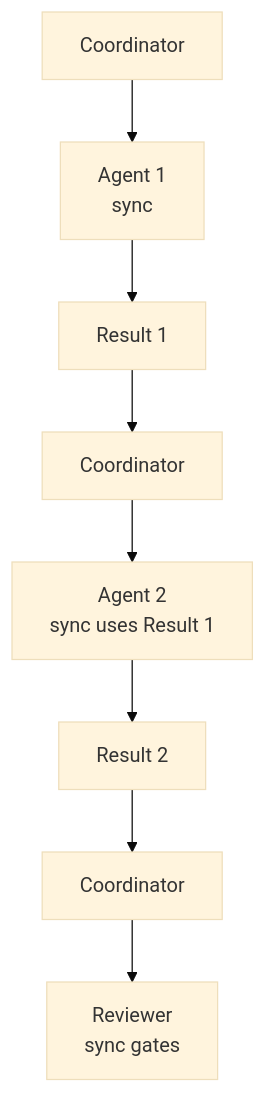
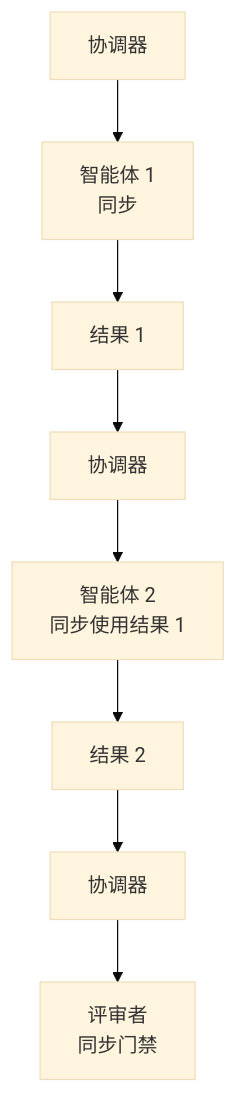
The third of 3 diagrams in docs/src/content/docs-zh/concepts/parallel-work.md (Allen-work-mk/squad-zh), drawn with Mermaid (base theme) before and after one commit. The commit also changed other lines of this file and 5 other files, not shown here.

````diff
--- a/docs/src/content/docs-zh/concepts/parallel-work.md
+++ b/docs/src/content/docs-zh/concepts/parallel-work.md
@@ -100,10 +99,10 @@
 ```mermaid
 graph TD
-    A["Coordinator"] --> B["Agent 1<br/>sync"]
-    B --> C["Result 1"]
-    C --> D["Coordinator"]
-    D --> E["Agent 2<br/>sync uses Result 1"]
-    E --> F["Result 2"]
-    F --> G["Coordinator"]
-    G --> H["Reviewer<br/>sync gates"]
+    A["协调器"] --> B["智能体 1<br/>同步"]
+    B --> C["结果 1"]
+    C --> D["协调器"]
+    D --> E["智能体 2<br/>同步使用结果 1"]
+    E --> F["结果 2"]
+    F --> G["协调器"]
+    G --> H["评审者<br/>同步门禁"]
 ```
````
